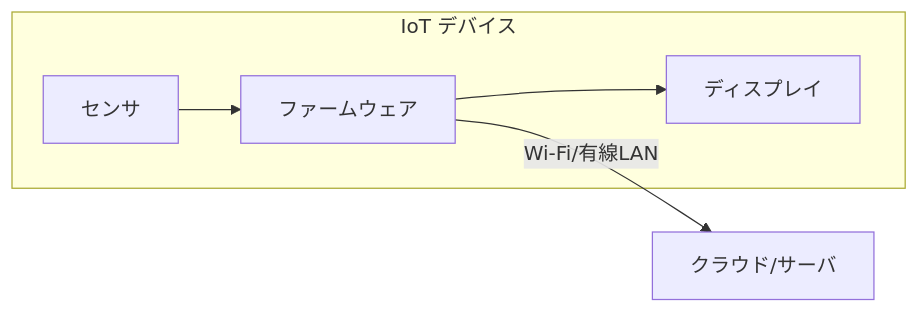
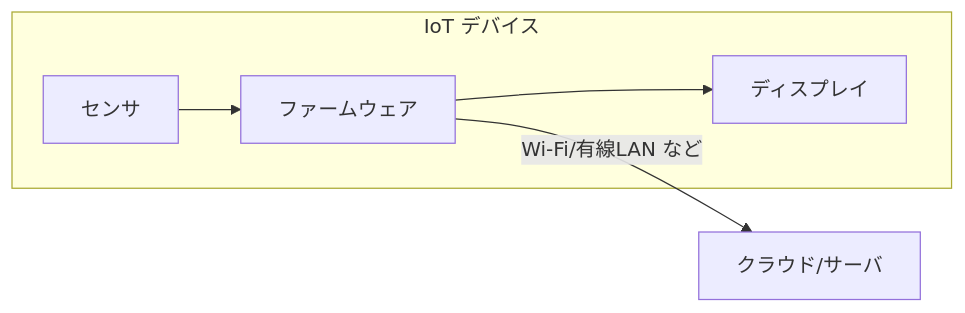
One commit to yrit-jp/yrit_iot_firmware changed the first of 12 diagrams in notes/ARCHITECTURE_OVERVIEW.md. Above: the diagram before and after it, drawn with Mermaid. The commit also changed other lines of this file and 805 other files, not shown here.

````diff
--- a/notes/ARCHITECTURE_OVERVIEW.md
+++ b/notes/ARCHITECTURE_OVERVIEW.md
@@ -7,8 +7,8 @@
 ```mermaid
 graph LR
     subgraph Device[IoT デバイス]
         S[センサ] --> F[ファームウェア]
         F --> D[ディスプレイ]
     end
-    F -->|Wi-Fi/有線LAN| C[クラウド/サーバ]
+    F -->|Wi-Fi/有線LAN など| C[クラウド/サーバ]
 ```
````
